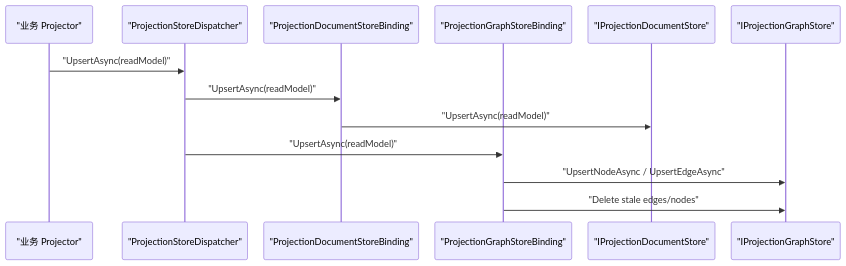
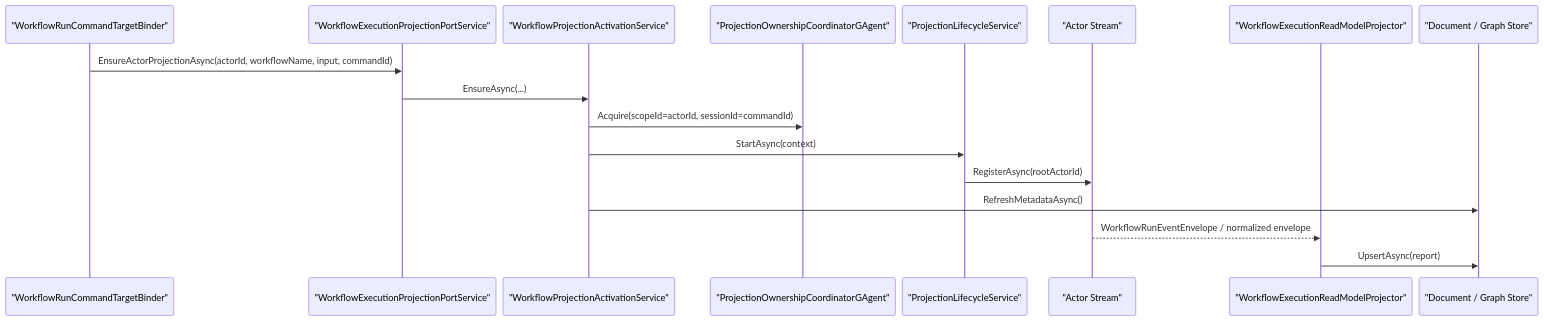
The second of 3 diagrams in docs/architecture/2026-03-15-cqrs-projection-readmodels-architecture.md (aevatarAI/aevatar), drawn with Mermaid before and after one commit. The commit also changed other lines of this file and 3 other files, not shown here.

First line of the commit message:
Enhance ReadModel Architecture with Snapshot Fact and Projection Guidelines

````diff
--- a/docs/architecture/2026-03-15-cqrs-projection-readmodels-architecture.md
+++ b/docs/architecture/2026-03-15-cqrs-projection-readmodels-architecture.md
@@ -328,17 +231,21 @@
 ```mermaid
-%%{init: {"maxTextSize": 100000, "sequence": {"actorMargin": 28, "messageMargin": 14, "diagramMarginX": 8, "diagramMarginY": 8}, "themeVariables": {"fontSize": "10px"}}}%%
+%%{init: {"maxTextSize": 100000, "sequence": {"actorMargin": 12, "messageMargin": 12, "diagramMarginX": 8, "diagramMarginY": 8}, "themeVariables": {"fontSize": "10px"}}}%%
 sequenceDiagram
-  participant P as "业务 Projector"
-  participant D as "ProjectionStoreDispatcher"
-  participant QB as "ProjectionDocumentStoreBinding"
-  participant GB as "ProjectionGraphStoreBinding"
-  participant DS as "IProjectionDocumentStore"
-  participant GS as "IProjectionGraphStore"
+    participant A as "WorkflowRunCommandTargetBinder"
+    participant B as "WorkflowExecutionProjectionPortService"
+    participant C as "WorkflowProjectionActivationService"
+    participant D as "ProjectionOwnershipCoordinatorGAgent"
+    participant E as "ProjectionLifecycleService"
+    participant F as "Actor Stream"
+    participant G as "WorkflowExecutionReadModelProjector"
+    participant H as "Document / Graph Store"
 
-  P->>D: "UpsertAsync(readModel)"
-  D->>QB: "UpsertAsync(readModel)"
-  QB->>DS: "UpsertAsync(readModel)"
-  D->>GB: "UpsertAsync(readModel)"
-  GB->>GS: "UpsertNodeAsync / UpsertEdgeAsync"
-  GB->>GS: "Delete stale edges/nodes"
+    A->>B: EnsureActorProjectionAsync(actorId, workflowName, input, commandId)
+    B->>C: EnsureAsync(...)
+    C->>D: Acquire(scopeId=actorId, sessionId=commandId)
+    C->>E: StartAsync(context)
+    E->>F: RegisterAsync(rootActorId)
+    C->>H: RefreshMetadataAsync()
+    F-->>G: WorkflowRunEventEnvelope / normalized envelope
+    G->>H: UpsertAsync(report)
 ```
````
